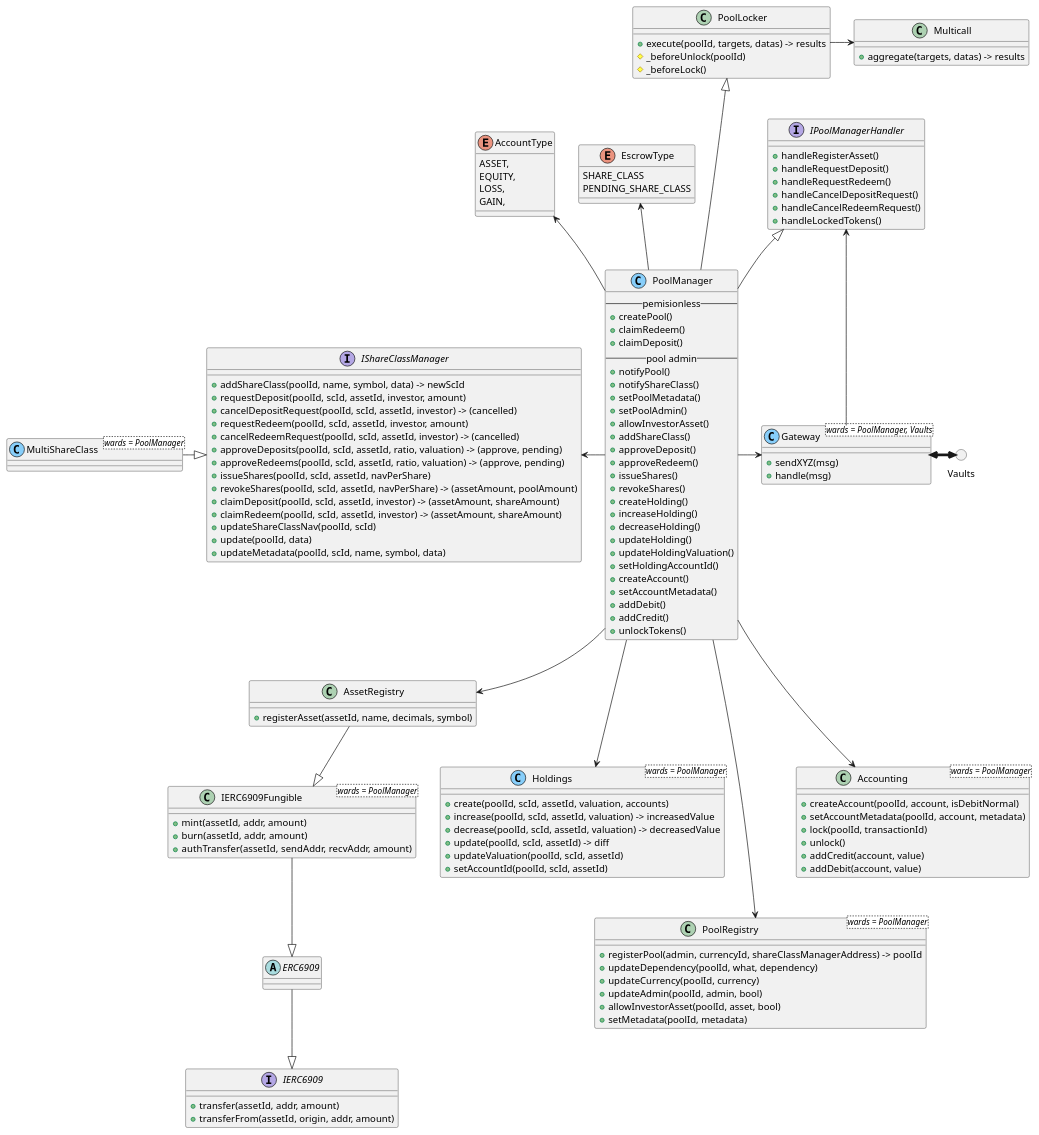
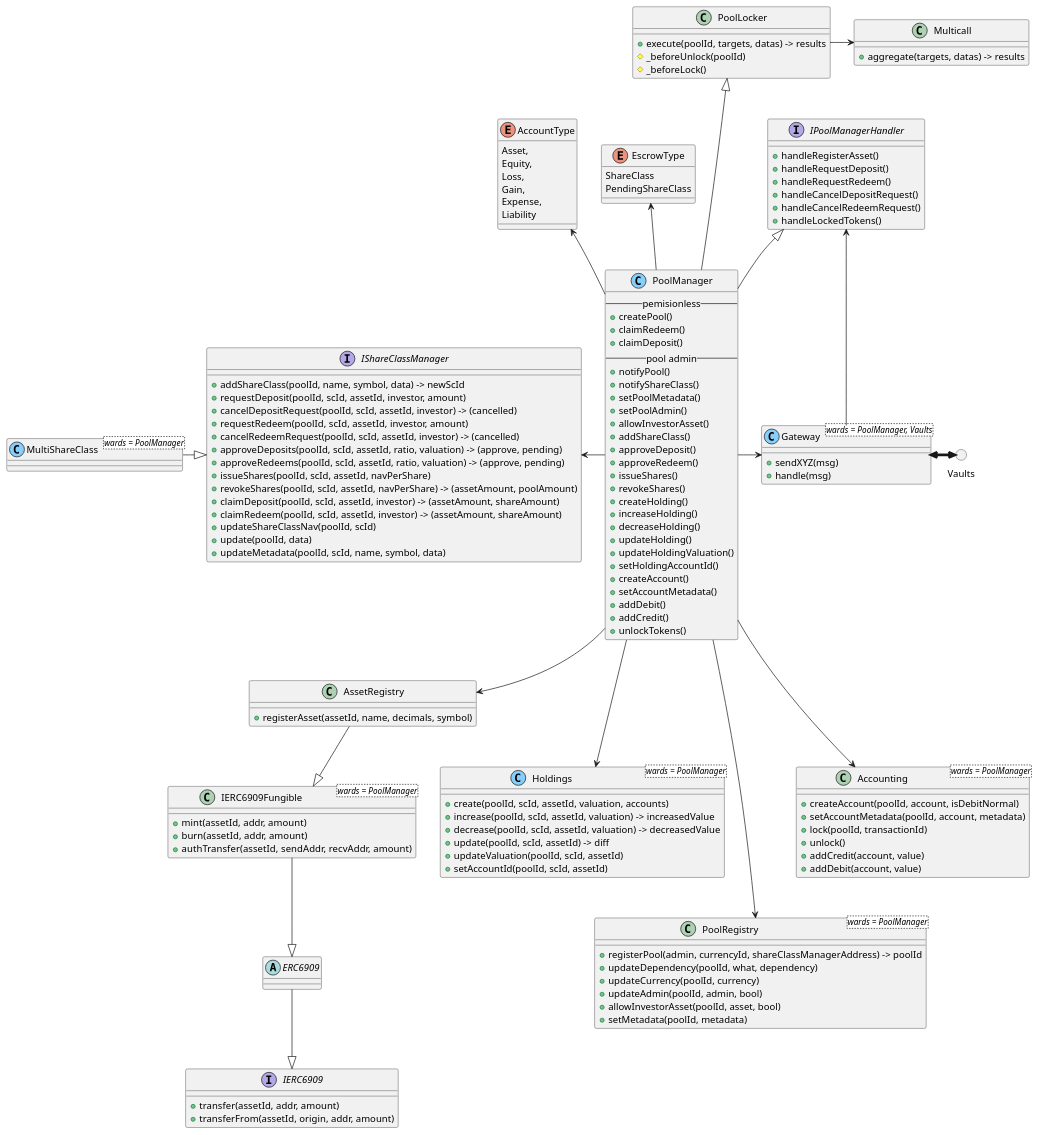
Before and after one commit to centrifuge/protocol: the diagram in docs/pools/architecture.puml, drawn with PlantUML. The commit also changed 4 other files, not shown here.

```diff
--- a/docs/pools/architecture.puml
+++ b/docs/pools/architecture.puml
@@ -1,155 +1,157 @@
 @startuml
 circle Vaults
 
 interface IERC6909 {
     + transfer(assetId, addr, amount)
     + transferFrom(assetId, origin, addr, amount)
 }
 
 abstract ERC6909 { }
 
 ERC6909 --|> IERC6909
 
 class IERC6909Fungible<wards = PoolManager> {
     + mint(assetId, addr, amount)
     + burn(assetId, addr, amount)
     + authTransfer(assetId, sendAddr, recvAddr, amount)
 }
 
 IERC6909Fungible --|> ERC6909
 
 class AssetRegistry {
     + registerAsset(assetId, name, decimals, symbol)
 }
 
 AssetRegistry --|> IERC6909Fungible
 
 class Holdings<wards = PoolManager> <<(C, lightskyblue)>> {
     + create(poolId, scId, assetId, valuation, accounts)
     + increase(poolId, scId, assetId, valuation) -> increasedValue
     + decrease(poolId, scId, assetId, valuation) -> decreasedValue
     + update(poolId, scId, assetId) -> diff
     + updateValuation(poolId, scId, assetId)
     + setAccountId(poolId, scId, assetId)
 }
 
 class PoolRegistry<wards = PoolManager> {
     + registerPool(admin, currencyId, shareClassManagerAddress) -> poolId
     + updateDependency(poolId, what, dependency)
     + updateCurrency(poolId, currency)
     + updateAdmin(poolId, admin, bool)
     + allowInvestorAsset(poolId, asset, bool)
     + setMetadata(poolId, metadata)
 }
 
 interface IShareClassManager {
     + addShareClass(poolId, name, symbol, data) -> newScId
     + requestDeposit(poolId, scId, assetId, investor, amount)
     + cancelDepositRequest(poolId, scId, assetId, investor) -> (cancelled)
     + requestRedeem(poolId, scId, assetId, investor, amount)
     + cancelRedeemRequest(poolId, scId, assetId, investor) -> (cancelled)
     + approveDeposits(poolId, scId, assetId, ratio, valuation) -> (approve, pending)
     + approveRedeems(poolId, scId, assetId, ratio, valuation) -> (approve, pending)
     + issueShares(poolId, scId, assetId, navPerShare)
     + revokeShares(poolId, scId, assetId, navPerShare) -> (assetAmount, poolAmount)
     + claimDeposit(poolId, scId, assetId, investor) -> (assetAmount, shareAmount)
     + claimRedeem(poolId, scId, assetId, investor) -> (assetAmount, shareAmount)
     + updateShareClassNav(poolId, scId)
     + update(poolId, data)
     + updateMetadata(poolId, scId, name, symbol, data)
 }
 
 class MultiShareClass<wards = PoolManager> <<(C, lightskyblue)>>{ }
 MultiShareClass -down|> IShareClassManager
 
 class Accounting<wards = PoolManager> {
     + createAccount(poolId, account, isDebitNormal)
     + setAccountMetadata(poolId, account, metadata)
     + lock(poolId, transactionId)
     + unlock()
     + addCredit(account, value)
     + addDebit(account, value)
 }
 
 class Multicall {
     + aggregate(targets, datas) -> results
 }
 
 class PoolLocker {
     + execute(poolId, targets, datas) -> results
     # _beforeUnlock(poolId)
     # _beforeLock()
 }
 
 PoolLocker -right-> Multicall
 
 enum EscrowType {
-    SHARE_CLASS
-    PENDING_SHARE_CLASS
+    ShareClass
+    PendingShareClass
 }
 
 enum AccountType {
-    ASSET,
-    EQUITY,
-    LOSS,
-    GAIN,
+    Asset,
+    Equity,
+    Loss,
+    Gain,
+    Expense,
+    Liability
 }
 
 interface IPoolManagerHandler {
     + handleRegisterAsset()
     + handleRequestDeposit()
     + handleRequestRedeem()
     + handleCancelDepositRequest()
     + handleCancelRedeemRequest()
     + handleLockedTokens()
 }
 
 class PoolManager <<(C, lightskyblue)>> {
     -- pemisionless --
     + createPool()
     + claimRedeem()
     + claimDeposit()
     -- pool admin --
     + notifyPool()
     + notifyShareClass()
     + setPoolMetadata()
     + setPoolAdmin()
     + allowInvestorAsset()
     + addShareClass()
     + approveDeposit()
     + approveRedeem()
     + issueShares()
     + revokeShares()
     + createHolding()
     + increaseHolding()
     + decreaseHolding()
     + updateHolding()
     + updateHoldingValuation()
     + setHoldingAccountId()
     + createAccount()
     + setAccountMetadata()
     + addDebit()
     + addCredit()
     + unlockTokens()
 }
 
 PoolManager -up-|> IPoolManagerHandler
 PoolManager -up--|> PoolLocker
 PoolManager -up-> EscrowType
 PoolManager -up-> AccountType
 PoolManager -down---> PoolRegistry
 PoolManager -left-> IShareClassManager
 PoolManager -down--> Accounting
 PoolManager -down-> AssetRegistry
 PoolManager -down--> Holdings
 PoolManager -right-> Gateway
 
 class Gateway<wards = PoolManager, Vaults> <<(C, lightskyblue)>> {
     + sendXYZ(msg)
     + handle(msg)
 }
 
 Gateway <-[thickness=4]right-> Vaults
 Gateway -up-> IPoolManagerHandler
 
 @enduml
```
